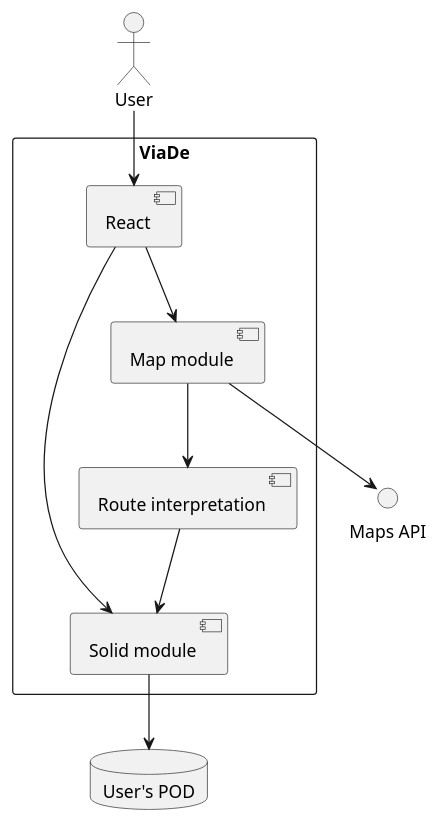
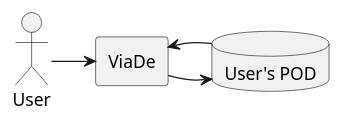
Before and after one commit to Arquisoft/viade_en1b: the diagram in src/docs/diagrams/05-01_whiteboxOverallSystem.puml, drawn with PlantUML. The commit also changed 1 other file, not shown here.

Commit message:
Diagram updated

```diff
--- a/src/docs/diagrams/05-01_whiteboxOverallSystem.puml
+++ b/src/docs/diagrams/05-01_whiteboxOverallSystem.puml
@@ -1,22 +1,12 @@
 @startuml
 
-rectangle ViaDe {
-    [Solid module] as solidmod
-    [Map module] as map
-    [Route interpretation] as routes
-    [React] as react
-}
+rectangle ViaDe as viade
 
 database "User's POD" as pod
 
-() "Maps API" as imaps
+:User: -> viade
+viade -> pod
+pod -> viade
 
-:User: --> react
-react --> map
-map --> routes
-map --> imaps
-routes --> solidmod
-react --> solidmod
-solidmod --> pod
 
 @enduml
```
